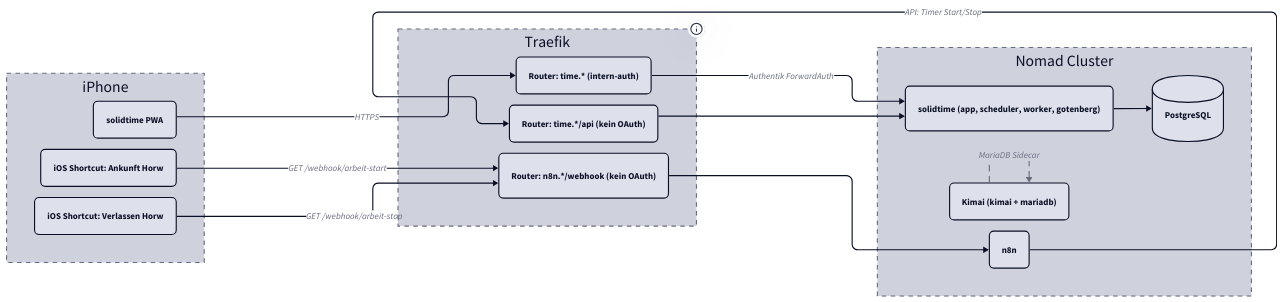
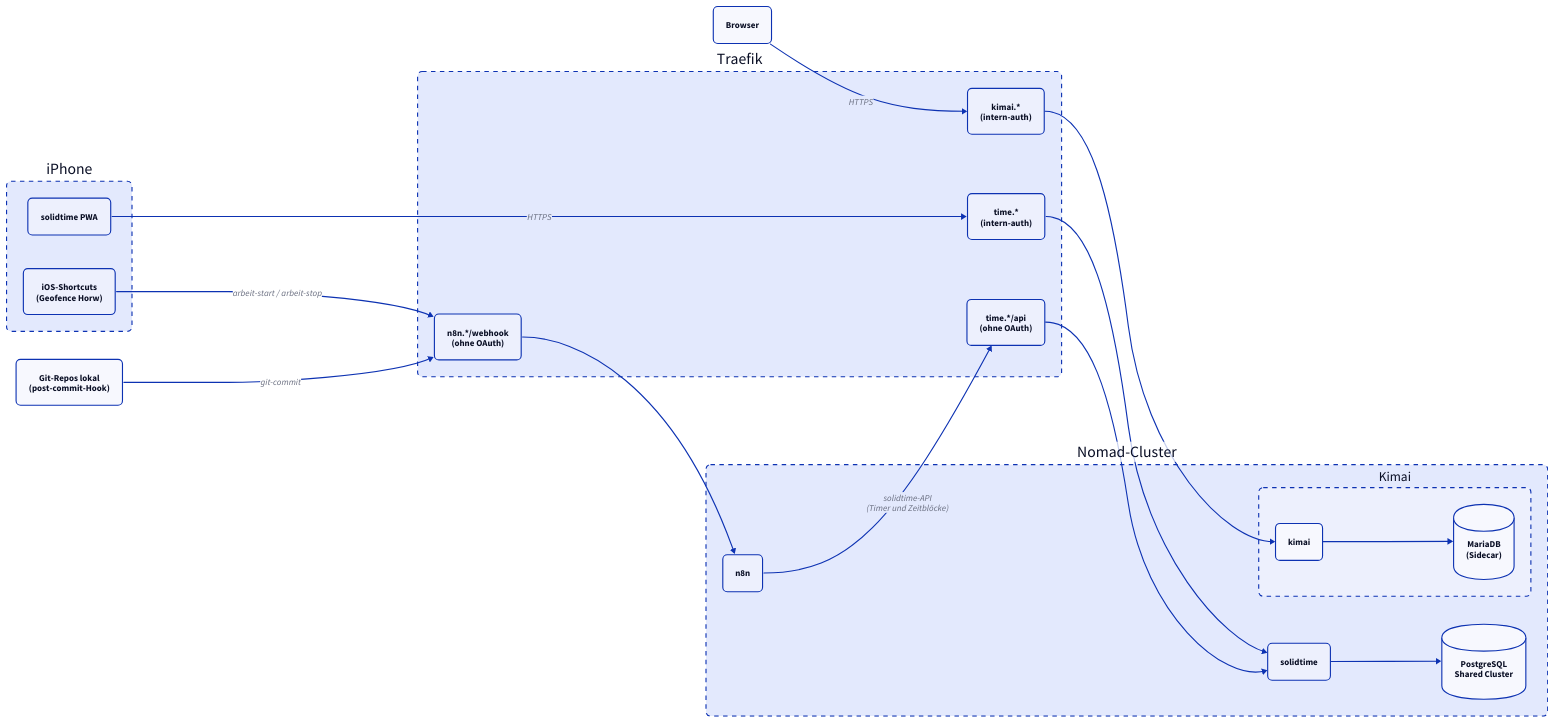
One commit to derever-labs/homelab-wiki changed the first of 2 diagrams in docs/zeiterfassung/index.md. Above: the diagram before and after it, drawn with D2. The commit also changed other lines of this file and 7 other files, not shown here.

First line of the commit message:
docs(smart-home): Diagramme fuer TALA ueberarbeiten (Batch B6) (#98)

````diff
--- a/docs/zeiterfassung/index.md
+++ b/docs/zeiterfassung/index.md
@@ -41,43 +41,61 @@
 ```d2
-vars: {
-  d2-config: {
-    theme-id: 1
-    layout-engine: elk
+direction: right
+
+classes: {
+  node: {
+    style: {
+      border-radius: 8
+    }
+  }
+  container: {
+    style: {
+      border-radius: 8
+      stroke-dash: 4
+    }
+  }
+  db: {
+    shape: cylinder
   }
 }
 
-direction: right
-
-iPhone: iPhone {
-  style.stroke-dash: 4
-  PWA: solidtime PWA { style.border-radius: 8 }
-  SC1: "iOS Shortcut: Ankunft Horw" { style.border-radius: 8 }
-  SC2: "iOS Shortcut: Verlassen Horw" { style.border-radius: 8 }
+iPhone: "iPhone" {
+  class: container
+  PWA: "solidtime PWA" { class: node }
+  SC: "iOS-Shortcuts\n(Geofence Horw)" { class: node }
 }
 
+Browser: "Browser" { class: node }
+Git: "Git-Repos lokal\n(post-commit-Hook)" { class: node }
+
 Traefik: "Traefik" {
-  style.stroke-dash: 4
-  tooltip: "10.0.2.20"
-  R1: "Router: time.* (intern-auth)" { style.border-radius: 8 }
-  R2: "Router: time.*/api (kein OAuth)" { style.border-radius: 8 }
-  R3: "Router: n8n.*/webhook (kein OAuth)" { style.border-radius: 8 }
+  class: container
+  R1: "time.*\n(intern-auth)" { class: node }
+  R2: "time.*/api\n(ohne OAuth)" { class: node }
+  R3: "n8n.*/webhook\n(ohne OAuth)" { class: node }
+  R4: "kimai.*\n(intern-auth)" { class: node }
 }
 
-Nomad: Nomad Cluster {
-  style.stroke-dash: 4
-  ST: "solidtime (app, scheduler, worker, gotenberg)" { style.border-radius: 8 }
-  KI: "Kimai (kimai + mariadb)" { style.border-radius: 8 }
-  N8N: n8n { style.border-radius: 8 }
-  PG: PostgreSQL { shape: cylinder; style.border-radius: 8 }
+Nomad: "Nomad-Cluster" {
+  class: container
+  ST: "solidtime" { class: node }
+  N8N: "n8n" { class: node }
+  Kimai: "Kimai" {
+    class: container
+    APP: "kimai" { class: node }
+    DB: "MariaDB\n(Sidecar)" { class: db }
+    APP -> DB
+  }
+  PG: "PostgreSQL\nShared Cluster" { class: db }
 }
 
 iPhone.PWA -> Traefik.R1: HTTPS
-iPhone.SC1 -> Traefik.R3: GET /webhook/arbeit-start
-iPhone.SC2 -> Traefik.R3: GET /webhook/arbeit-stop
-Traefik.R1 -> Nomad.ST: Authentik ForwardAuth
+iPhone.SC -> Traefik.R3: "arbeit-start / arbeit-stop"
+Git -> Traefik.R3: git-commit
+Browser -> Traefik.R4: HTTPS
+Traefik.R1 -> Nomad.ST
 Traefik.R2 -> Nomad.ST
 Traefik.R3 -> Nomad.N8N
-Nomad.N8N -> Traefik.R2: API: Timer Start/Stop
+Traefik.R4 -> Nomad.Kimai.APP
+Nomad.N8N -> Traefik.R2: "solidtime-API\n(Timer und Zeitblöcke)"
 Nomad.ST -> Nomad.PG
-Nomad.KI -> Nomad.KI: MariaDB Sidecar { style.stroke-dash: 5 }
 ```
````
